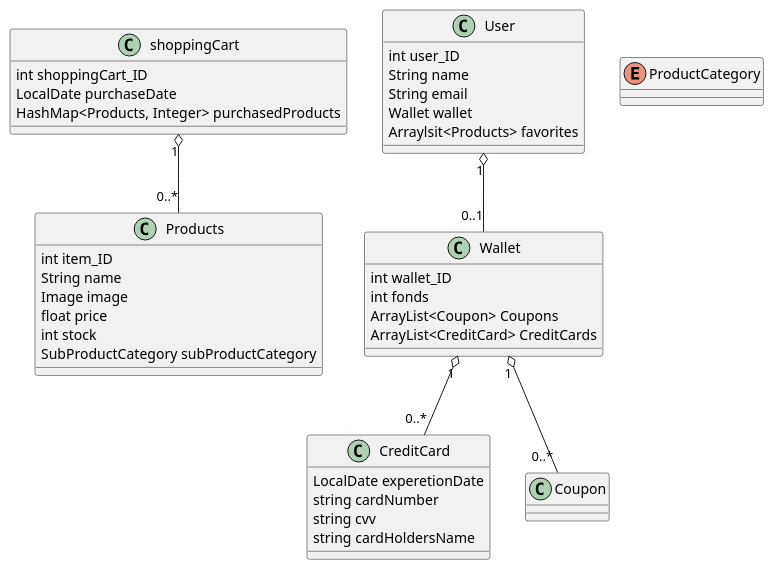
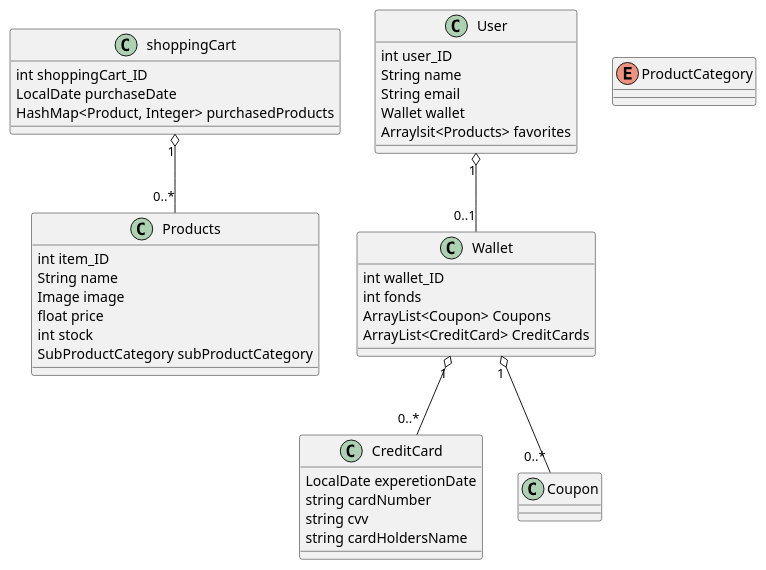
One commit to AJungersen/DDU-Eksamensprojekt changed the diagram in Class diagram.wsd. Above: the diagram before and after it, drawn with PlantUML. The commit also changed 7 other files, not shown here.

```diff
--- a/Class diagram.wsd
+++ b/Class diagram.wsd
@@ -1,53 +1,53 @@
 @startuml
 class Products {
     int item_ID
     String name
     Image image
     float price
     int stock
     SubProductCategory subProductCategory
 }
 
 class User {
     int user_ID
     String name
     String email
     Wallet wallet
     Arraylsit<Products> favorites
 }
 
 
 Class Wallet {
     int wallet_ID
     int fonds
     ArrayList<Coupon> Coupons
     ArrayList<CreditCard> CreditCards
 }
 
 class CreditCard {
     LocalDate experetionDate
     string cardNumber
     string cvv
     string cardHoldersName
 }
 
 class Coupon {
 
 }
 
 class shoppingCart {
     int shoppingCart_ID
     LocalDate purchaseDate
-    HashMap<Products, Integer> purchasedProducts
+    HashMap<Product, Integer> purchasedProducts
 }
 
 enum ProductCategory {
 
 }
 
 Wallet "1" o-- "0..*" Coupon
 Wallet "1" o-- "0..*" CreditCard
 User "1" o-- "0..1" Wallet
 shoppingCart "1" o-- "0..*" Products
 
 @enduml
```
